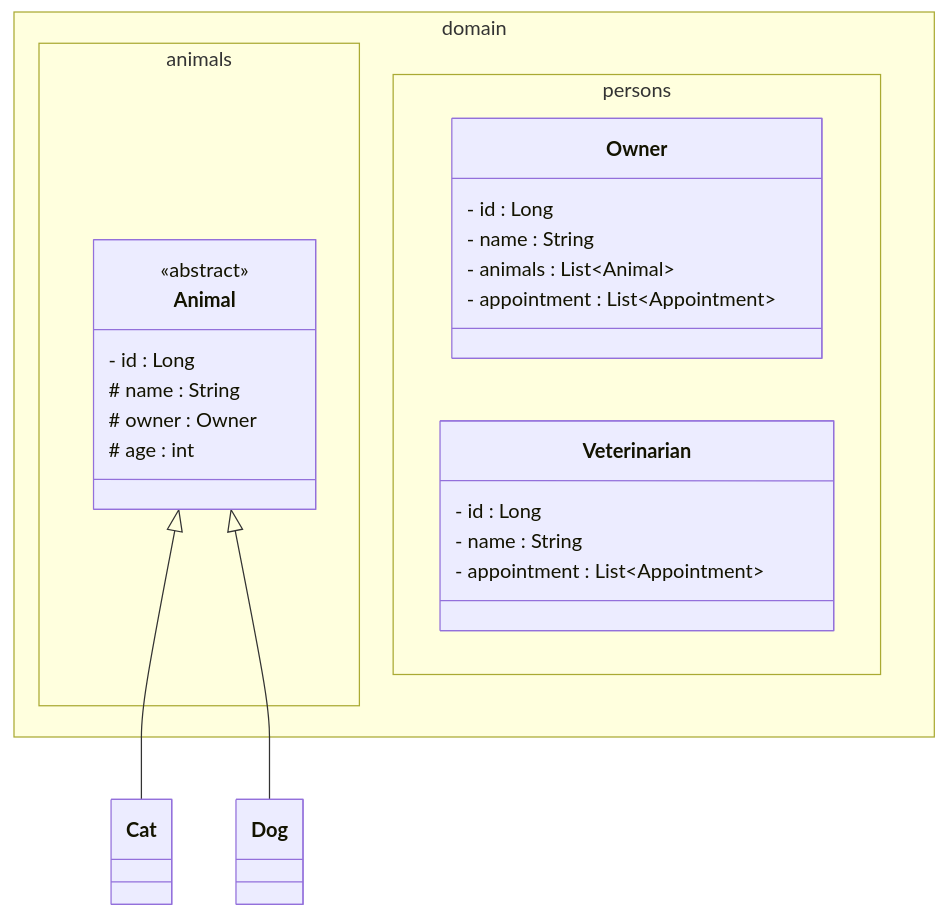
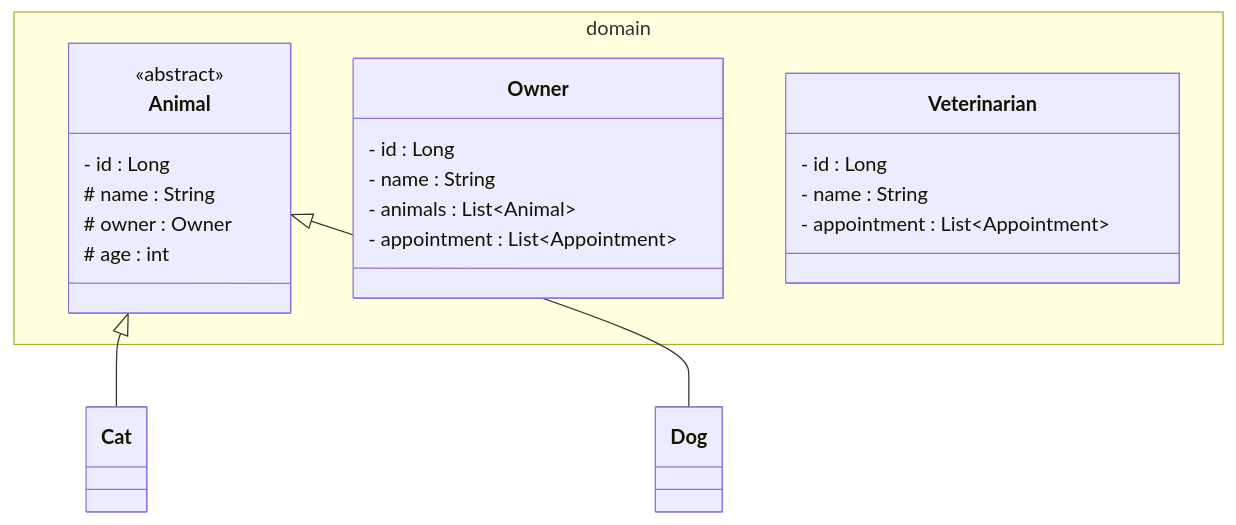
One commit to Kazh-boop/tpjpa2023 changed the diagram in README.md. Above: the diagram before and after it, drawn with Mermaid.

````diff
--- a/README.md
+++ b/README.md
@@ -3,29 +3,25 @@
 ```mermaid
 classDiagram
 namespace domain {
-    namespace animals {
-        class Animal {
-            <<abstract>>
-            - id : Long
-            # name : String
-            # owner : Owner
-            # age : int
-        }   
+    class Animal {
+        <<abstract>>
+        - id : Long
+        # name : String
+        # owner : Owner
+        # age : int
+    }   
+    class Owner {
+        - id : Long
+        - name : String
+        - animals : List~Animal~
+        - appointment : List~Appointment~
     }
-    namespace persons {
-        class Owner {
-            - id : Long
-            - name : String
-            - animals : List~Animal~
-            - appointment : List~Appointment~
-        }
-        class Veterinarian {
-            - id : Long
-            - name : String
-            - appointment : List~Appointment~
-        }
+    class Veterinarian {
+        - id : Long
+        - name : String
+        - appointment : List~Appointment~
     }
 }
 Animal <|-- Cat
 Animal <|-- Dog
 ```
````
